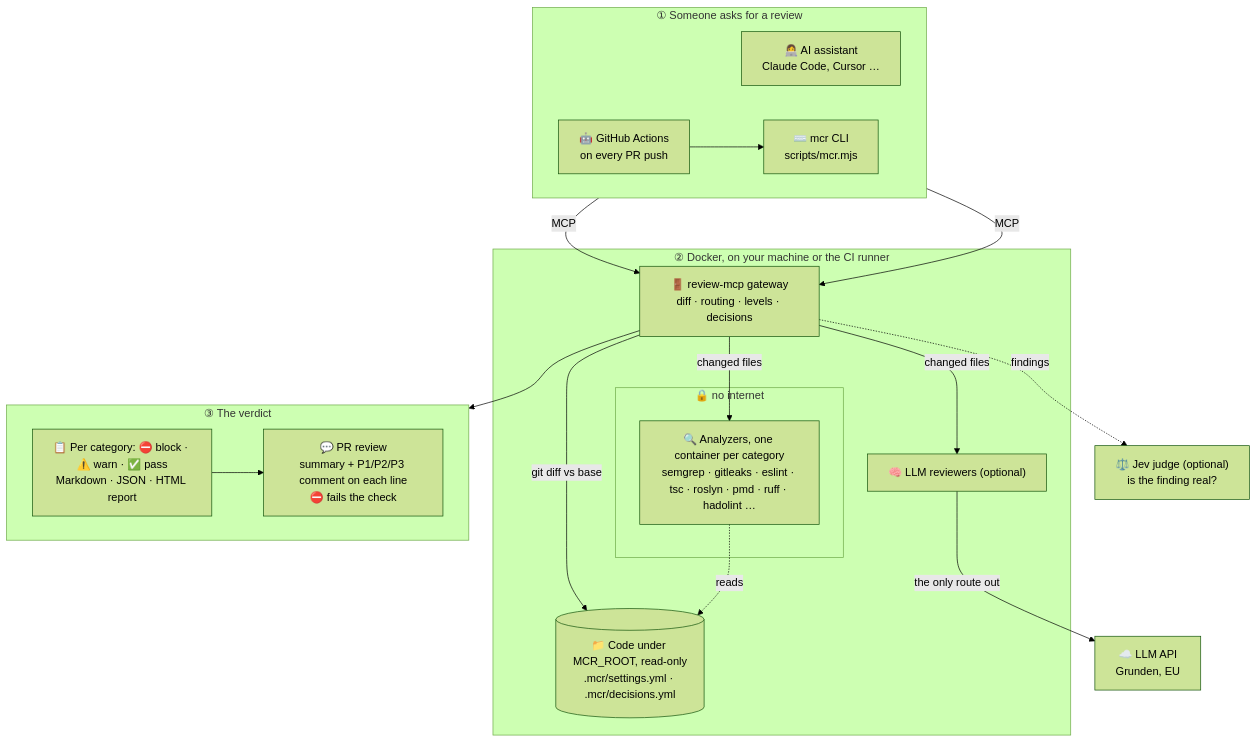
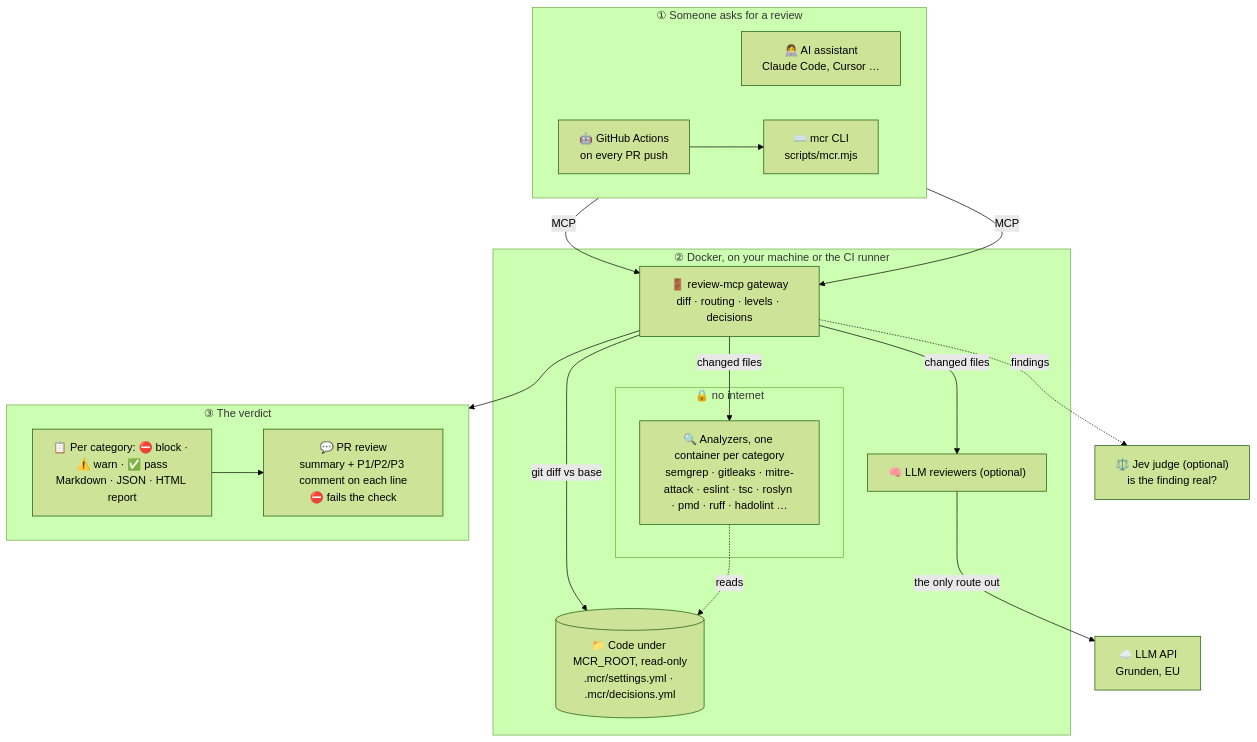
Before and after one commit to phassle/multi-code-review: the diagram in README.md, drawn with Mermaid (forest theme). The commit also changed other lines of this file and 7 other files, not shown here.

First line of the commit message:
Add security-mitre-attack: MITRE ATT&CK technique rules

````diff
--- a/README.md
+++ b/README.md
@@ -70,39 +70,39 @@
 ```mermaid
 flowchart TB
     subgraph ask["① Someone asks for a review"]
         direction LR
         dev["👩‍💻 AI assistant<br/>Claude Code, Cursor …"]
         ci["🤖 GitHub Actions<br/>on every PR push"]
         cli["⌨️ mcr CLI<br/>scripts/mcr.mjs"]
         ci --> cli
     end
 
     subgraph box["② Docker, on your machine or the CI runner"]
         gw["🚪 review-mcp gateway<br/>diff · routing · levels · decisions"]
         repo[("📁 Code under MCR_ROOT, read-only<br/>.mcr/settings.yml · .mcr/decisions.yml")]
         subgraph net["🔒 no internet"]
-            an["🔍 Analyzers, one container per category<br/>semgrep · gitleaks · eslint · tsc · roslyn · pmd · ruff · hadolint …"]
+            an["🔍 Analyzers, one container per category<br/>semgrep · gitleaks · mitre-attack · eslint · tsc · roslyn · pmd · ruff · hadolint …"]
         end
         llm["🧠 LLM reviewers (optional)"]
     end
 
     api["☁️ LLM API<br/>Grunden, EU"]
     jev["⚖️ Jev judge (optional)<br/>is the finding real?"]
 
     subgraph result["③ The verdict"]
         direction LR
         md["📋 Per category: ⛔ block · ⚠️ warn · ✅ pass<br/>Markdown · JSON · HTML report"]
         pr["💬 PR review<br/>summary + P1/P2/P3 comment on each line<br/>⛔ fails the check"]
         md --> pr
     end
 
     dev -- MCP --> gw
     cli -- MCP --> gw
     gw -- git diff vs base --> repo
     gw -- changed files --> an
     an -. reads .-> repo
     gw -- changed files --> llm
     llm -- the only route out --> api
     gw -. findings .-> jev
     gw --> md
 ```
````
